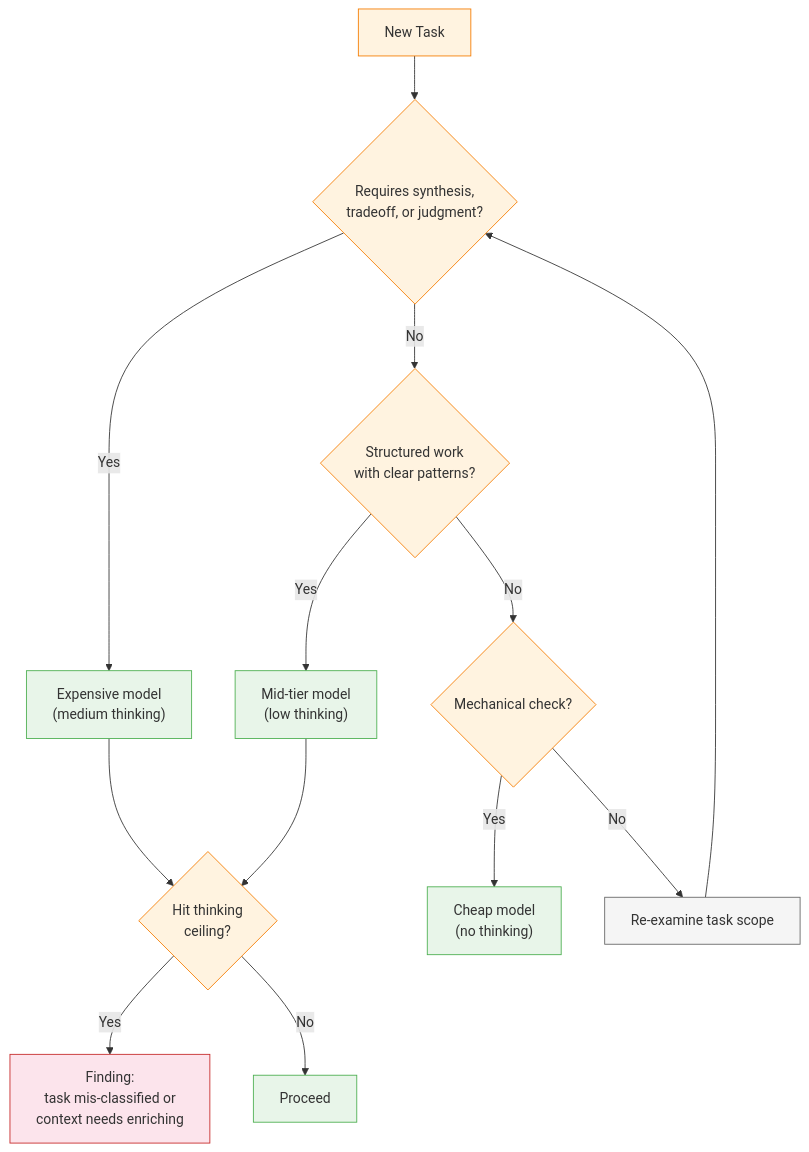
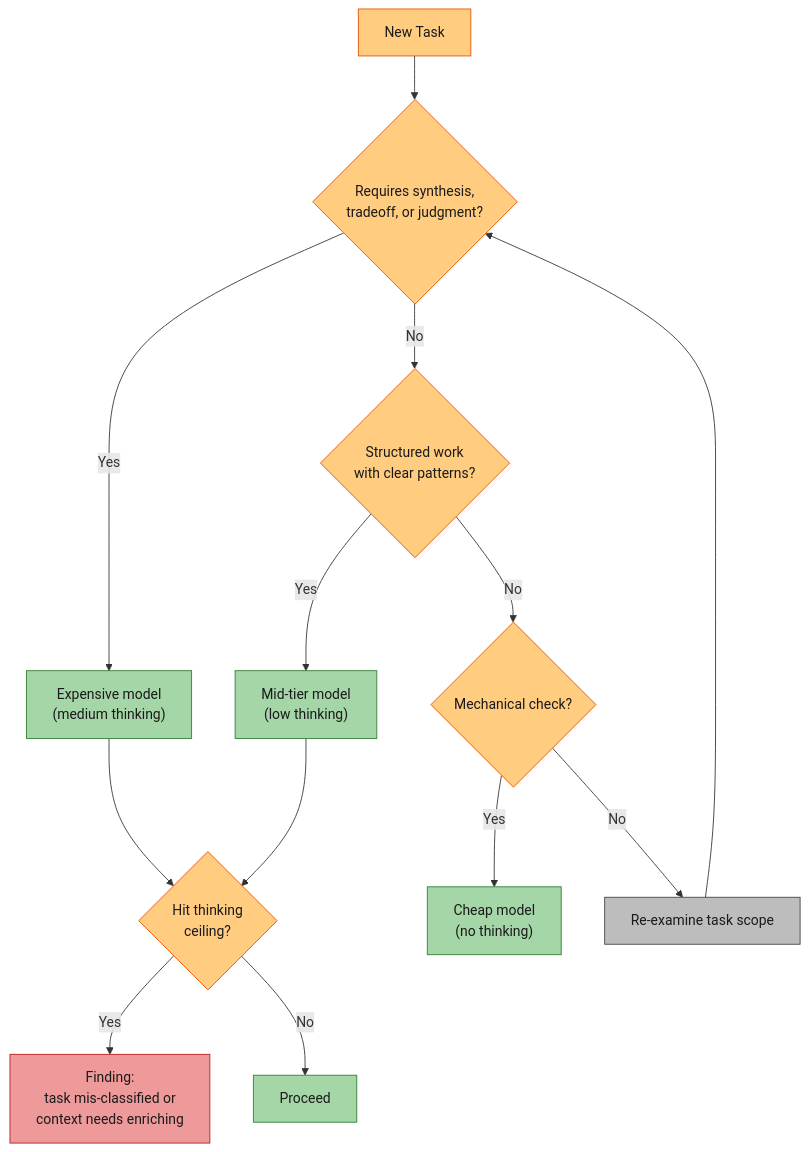
Before and after one commit to rdunie/venutian-antfarm: the ninth of 20 diagrams in docs/COLLABORATION-MODEL.md, drawn with Mermaid. The commit also changed other lines of this file and 22 other files, not shown here.

````diff
--- a/docs/COLLABORATION-MODEL.md
+++ b/docs/COLLABORATION-MODEL.md
@@ -275,28 +277,28 @@
 ```mermaid
 flowchart TD
     START["New Task"] --> Q1{"Requires synthesis,\ntradeoff, or judgment?"}
     Q1 -->|"Yes"| OPUS["Expensive model\n(medium thinking)"]
     Q1 -->|"No"| Q2{"Structured work\nwith clear patterns?"}
     Q2 -->|"Yes"| SONNET["Mid-tier model\n(low thinking)"]
     Q2 -->|"No"| Q3{"Mechanical check?"}
     Q3 -->|"Yes"| HAIKU["Cheap model\n(no thinking)"]
     Q3 -->|"No"| RECLASS["Re-examine task scope"]
     RECLASS --> Q1
 
     OPUS --> CEILING{"Hit thinking\nceiling?"}
     SONNET --> CEILING
     CEILING -->|"Yes"| FIND["Finding:\ntask mis-classified or\ncontext needs enriching"]
     CEILING -->|"No"| DONE["Proceed"]
 
-    style START fill:#fff3e0,stroke:#F57C00
-    style Q1 fill:#fff3e0,stroke:#F57C00
-    style Q2 fill:#fff3e0,stroke:#F57C00
-    style Q3 fill:#fff3e0,stroke:#F57C00
-    style OPUS fill:#e8f5e9,stroke:#4CAF50
-    style SONNET fill:#e8f5e9,stroke:#4CAF50
-    style HAIKU fill:#e8f5e9,stroke:#4CAF50
-    style DONE fill:#e8f5e9,stroke:#4CAF50
-    style CEILING fill:#fff3e0,stroke:#F57C00
-    style FIND fill:#fce4ec,stroke:#C62828
-    style RECLASS fill:#f5f5f5,stroke:#666
+    style START fill:#ffcc80,stroke:#e65100,color:#1a1a1a
+    style Q1 fill:#ffcc80,stroke:#e65100,color:#1a1a1a
+    style Q2 fill:#ffcc80,stroke:#e65100,color:#1a1a1a
+    style Q3 fill:#ffcc80,stroke:#e65100,color:#1a1a1a
+    style OPUS fill:#a5d6a7,stroke:#2e7d32,color:#1a1a1a
+    style SONNET fill:#a5d6a7,stroke:#2e7d32,color:#1a1a1a
+    style HAIKU fill:#a5d6a7,stroke:#2e7d32,color:#1a1a1a
+    style DONE fill:#a5d6a7,stroke:#2e7d32,color:#1a1a1a
+    style CEILING fill:#ffcc80,stroke:#e65100,color:#1a1a1a
+    style FIND fill:#ef9a9a,stroke:#b71c1c,color:#1a1a1a
+    style RECLASS fill:#bdbdbd,stroke:#424242,color:#1a1a1a
 ```
````
